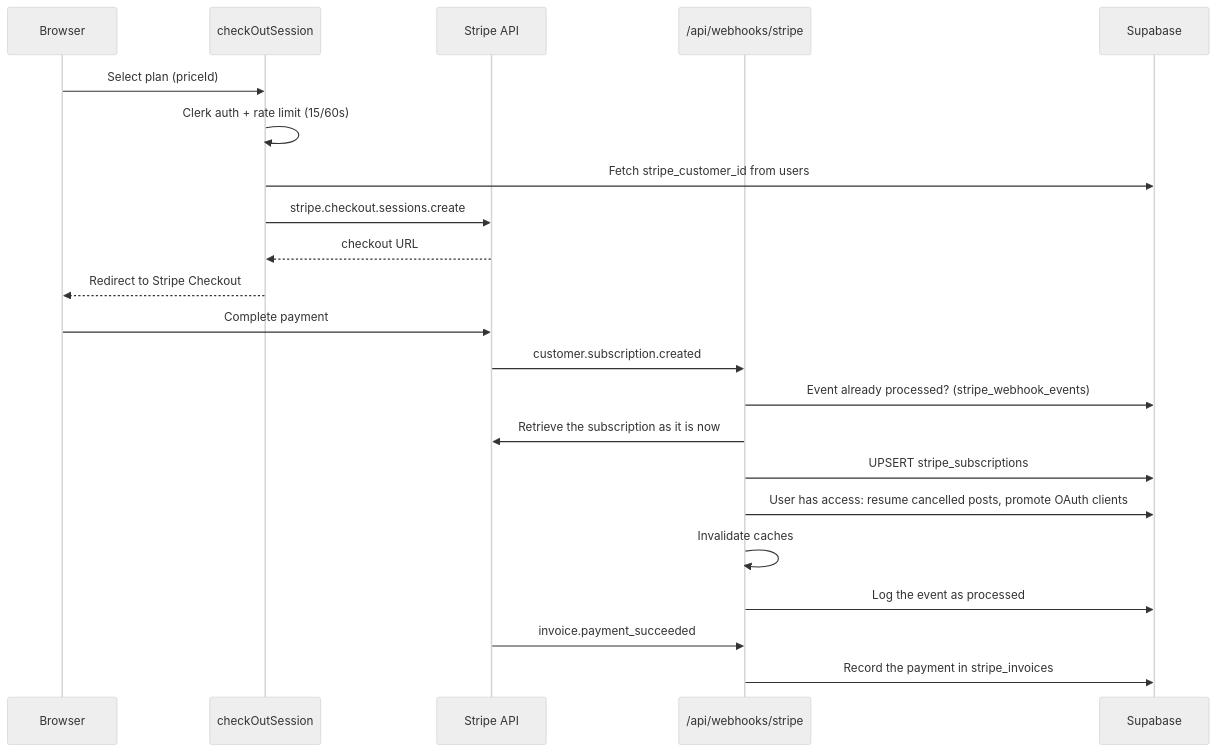
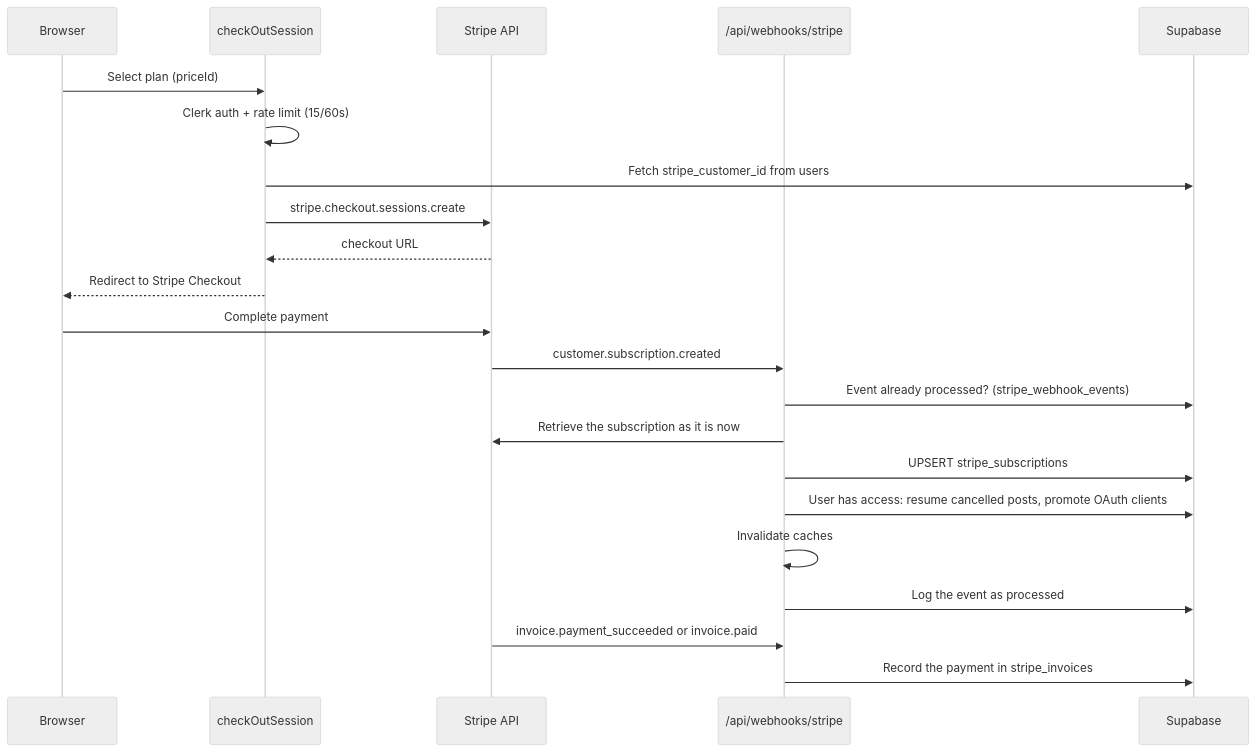
Before and after one commit to Andy00L/sharetopus: the first of 3 diagrams in docs/BILLING.md, drawn with Mermaid (neutral theme). The commit also changed other lines of this file and 15 other files, not shown here.

````diff
--- a/docs/BILLING.md
+++ b/docs/BILLING.md
@@ -42,25 +44,25 @@
 ```mermaid
 sequenceDiagram
     participant User as Browser
     participant Action as checkOutSession
     participant Stripe as Stripe API
     participant Webhook as /api/webhooks/stripe
     participant DB as Supabase
 
     User->>Action: Select plan (priceId)
     Action->>Action: Clerk auth + rate limit (15/60s)
     Action->>DB: Fetch stripe_customer_id from users
     Action->>Stripe: stripe.checkout.sessions.create
     Stripe-->>Action: checkout URL
     Action-->>User: Redirect to Stripe Checkout
     User->>Stripe: Complete payment
     Stripe->>Webhook: customer.subscription.created
     Webhook->>DB: Event already processed? (stripe_webhook_events)
     Webhook->>Stripe: Retrieve the subscription as it is now
     Webhook->>DB: UPSERT stripe_subscriptions
     Webhook->>DB: User has access: resume cancelled posts, promote OAuth clients
     Webhook->>Webhook: Invalidate caches
     Webhook->>DB: Log the event as processed
-    Stripe->>Webhook: invoice.payment_succeeded
+    Stripe->>Webhook: invoice.payment_succeeded or invoice.paid
     Webhook->>DB: Record the payment in stripe_invoices
 ```
````
